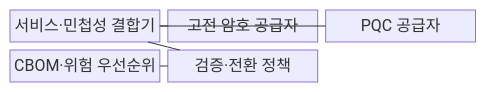
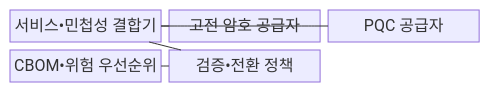
Before and after one commit to agnusdei1207/knowledge-base: the first of 2 diagrams in src/content/docs/notes/05-security/013_pqc_migration_hybrid.md, drawn with Mermaid. The commit also changed other lines of this file and 953 other files, not shown here.

````diff
--- a/src/content/docs/notes/05-security/013_pqc_migration_hybrid.md
+++ b/src/content/docs/notes/05-security/013_pqc_migration_hybrid.md
@@ -67,13 +67,13 @@
 ```mermaid
 block-beta
     columns 3
-    S["서비스·민첩성 결합기"]
+    S["서비스•민첩성 결합기"]
     C["고전 암호 공급자"]
     P["PQC 공급자"]
-    B["CBOM·위험 우선순위"]
-    V["검증·전환 정책"]
+    B["CBOM•위험 우선순위"]
+    V["검증•전환 정책"]
     S --- C
     S --- P
     S --- V
     B --- V
 ```
````
